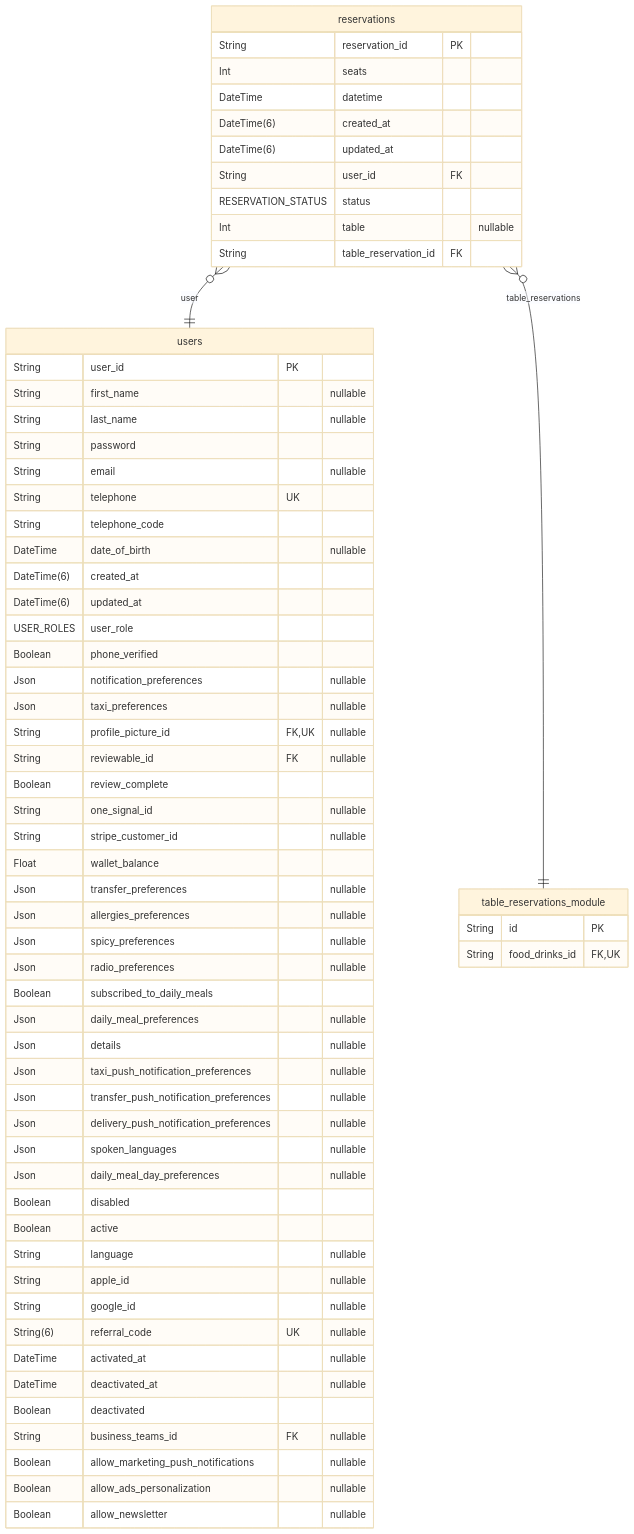
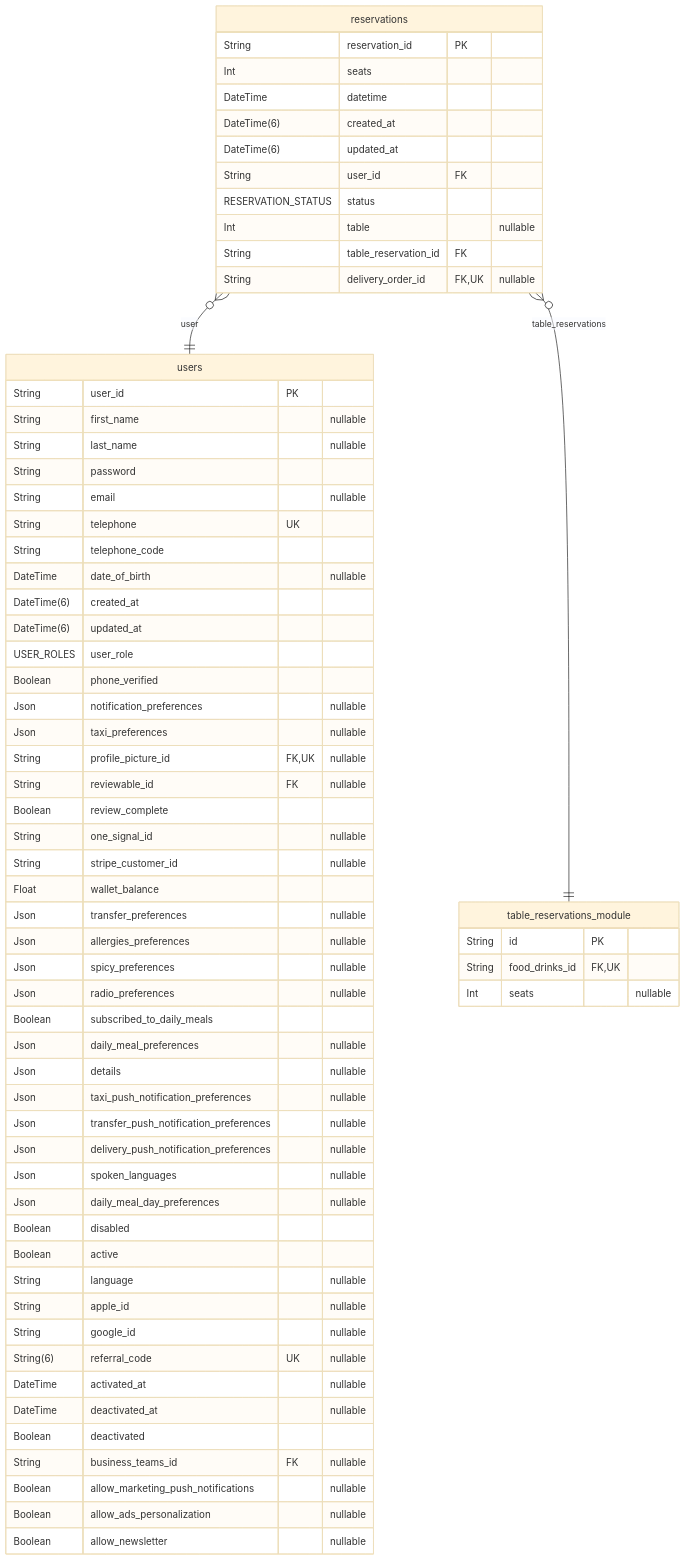
Diagram 27 of 40 in prisma/schemas/ERD.md (pbozic/be-analyisis), drawn with Mermaid (base theme) before and after one commit. The commit also changed other lines of this file and 25 other files, not shown here.

````diff
--- a/prisma/schemas/ERD.md
+++ b/prisma/schemas/ERD.md
@@ -4845,67 +4771,69 @@
 ```mermaid
 erDiagram
 "table_reservations_module" {
   String id PK
   String food_drinks_id FK,UK
+  Int seats "nullable"
 }
 "reservations" {
   String reservation_id PK
   Int seats
   DateTime datetime
   DateTime(6) created_at
   DateTime(6) updated_at
   String user_id FK
   RESERVATION_STATUS status
   Int table "nullable"
   String table_reservation_id FK
+  String delivery_order_id FK,UK "nullable"
 }
 "users" {
   String user_id PK
   String first_name "nullable"
   String last_name "nullable"
   String password
   String email "nullable"
   String telephone UK
   String telephone_code
   DateTime date_of_birth "nullable"
   DateTime(6) created_at
   DateTime(6) updated_at
   USER_ROLES user_role
   Boolean phone_verified
   Json notification_preferences "nullable"
   Json taxi_preferences "nullable"
   String profile_picture_id FK,UK "nullable"
   String reviewable_id FK "nullable"
   Boolean review_complete
   String one_signal_id "nullable"
   String stripe_customer_id "nullable"
   Float wallet_balance
   Json transfer_preferences "nullable"
   Json allergies_preferences "nullable"
   Json spicy_preferences "nullable"
   Json radio_preferences "nullable"
   Boolean subscribed_to_daily_meals
   Json daily_meal_preferences "nullable"
   Json details "nullable"
   Json taxi_push_notification_preferences "nullable"
   Json transfer_push_notification_preferences "nullable"
   Json delivery_push_notification_preferences "nullable"
   Json spoken_languages "nullable"
   Json daily_meal_day_preferences "nullable"
   Boolean disabled
   Boolean active
   String language "nullable"
   String apple_id "nullable"
   String google_id "nullable"
   String(6) referral_code UK "nullable"
   DateTime activated_at "nullable"
   DateTime deactivated_at "nullable"
   Boolean deactivated
   String business_teams_id FK "nullable"
   Boolean allow_marketing_push_notifications "nullable"
   Boolean allow_ads_personalization "nullable"
   Boolean allow_newsletter "nullable"
 }
 "reservations" }o--|| "users" : user
 "reservations" }o--|| "table_reservations_module" : table_reservations
 ```
````
